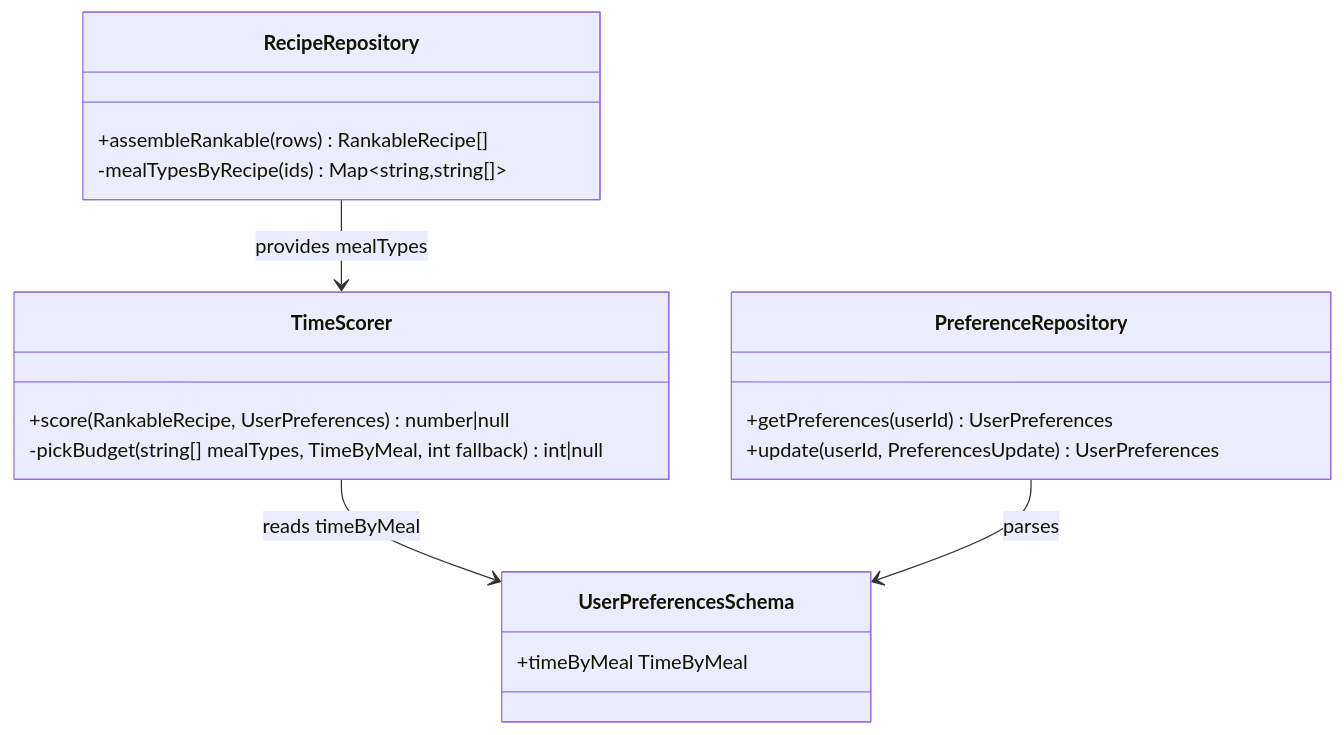
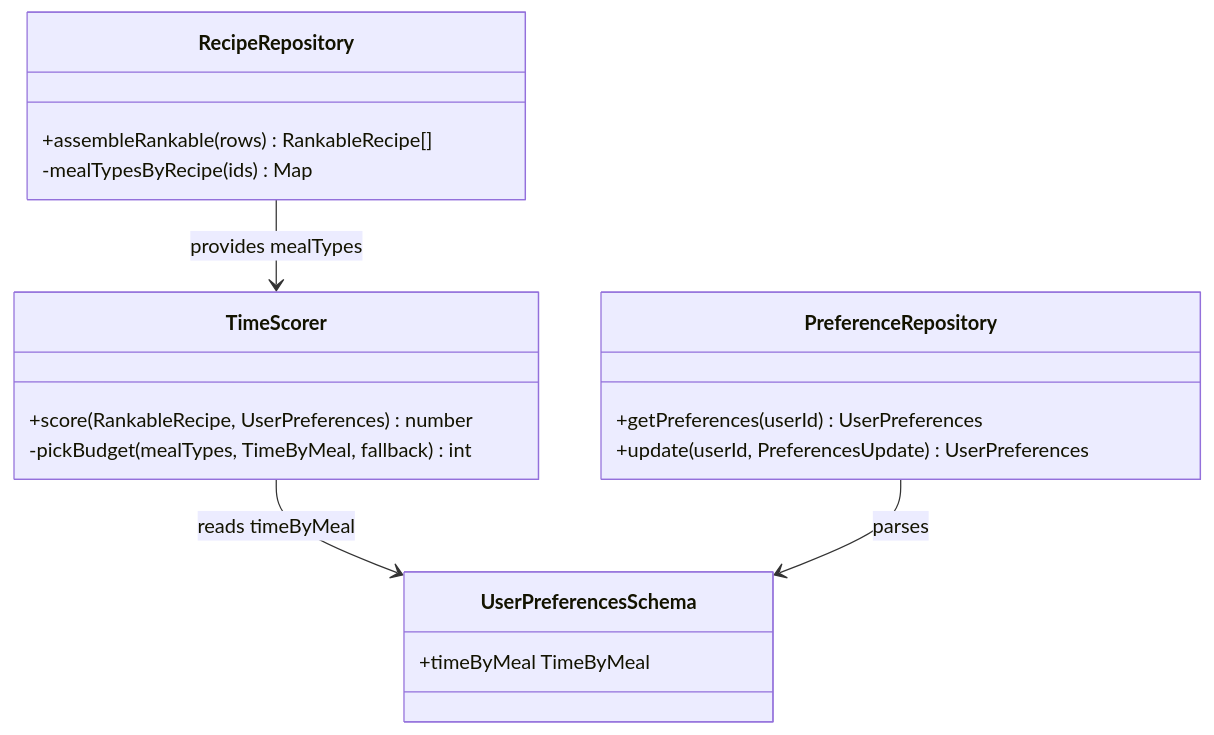
Before and after one commit to jordangaston/harvest: the fourth of 5 diagrams in docs/ranking/per-meal-time-ranking.md, drawn with Mermaid. The commit also changed other lines of this file, not shown here.

Commit message:
docs(ranking): render mermaid on GitHub (backtick fences + classDiagram fixes)

````diff
--- a/docs/ranking/per-meal-time-ranking.md
+++ b/docs/ranking/per-meal-time-ranking.md
@@ -144,21 +144,21 @@
-~~~mermaid
+```mermaid
 classDiagram
     class TimeScorer {
-        +score(RankableRecipe, UserPreferences) number|null
-        -pickBudget(string[] mealTypes, TimeByMeal, int fallback) int|null
+        +score(RankableRecipe, UserPreferences) number
+        -pickBudget(mealTypes, TimeByMeal, fallback) int
     }
     class PreferenceRepository {
         +getPreferences(userId) UserPreferences
         +update(userId, PreferencesUpdate) UserPreferences
     }
     class RecipeRepository {
         +assembleRankable(rows) RankableRecipe[]
-        -mealTypesByRecipe(ids) Map~string,string[]~
+        -mealTypesByRecipe(ids) Map
     }
     class UserPreferencesSchema {
         +timeByMeal TimeByMeal
     }
     TimeScorer --> UserPreferencesSchema : reads timeByMeal
     PreferenceRepository --> UserPreferencesSchema : parses
     RecipeRepository --> TimeScorer : provides mealTypes
-~~~
+```
````
